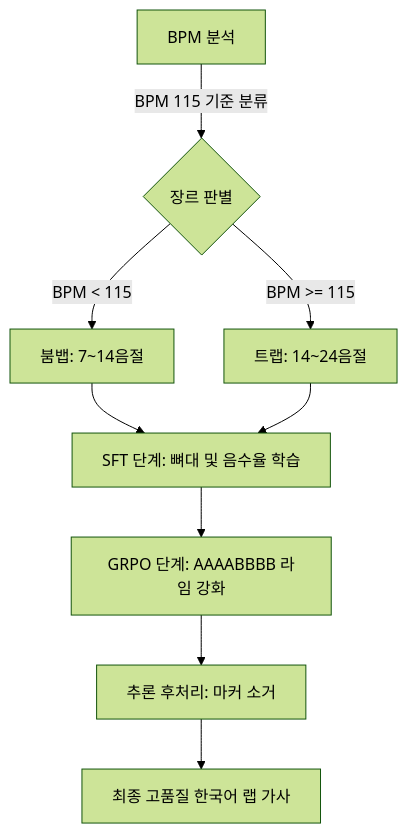
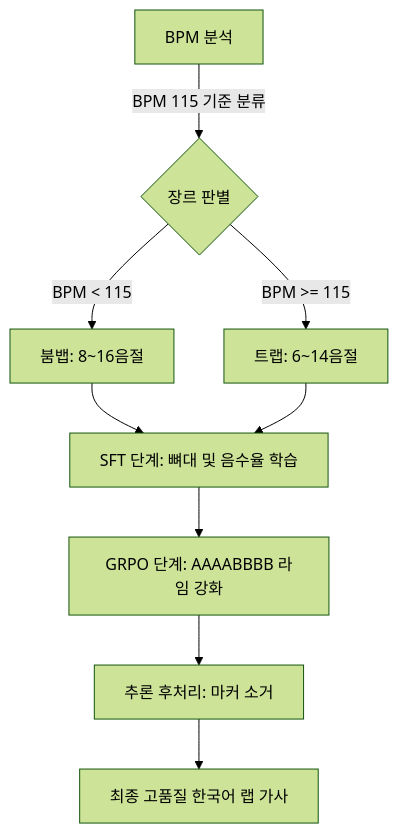
One commit to hnuu785/PMTM changed the diagram in docs/hiphop-beat-and-rap-lyrics.md. Above: the diagram before and after it, drawn with Mermaid (forest theme). The commit also changed other lines of this file and 2 other files, not shown here.

Commit message:
fix: update GRPO BPM syllable constraints and refresh training dataset with documentation

````diff
--- a/docs/hiphop-beat-and-rap-lyrics.md
+++ b/docs/hiphop-beat-and-rap-lyrics.md
@@ -75,10 +75,10 @@
 ```mermaid
 graph TD
     A[BPM 분석] -->|BPM 115 기준 분류| B{장르 판별}
-    B -->|BPM < 115| C[붐뱁: 7~14음절]
-    B -->|BPM >= 115| D[트랩: 14~24음절]
+    B -->|BPM < 115| C[붐뱁: 8~16음절]
+    B -->|BPM >= 115| D[트랩: 6~14음절]
     C & D --> E[SFT 단계: 뼈대 및 음수율 학습]
     E --> F[GRPO 단계: AAAABBBB 라임 강화]
     F --> G[추론 후처리: 마커 소거]
     G --> H[최종 고품질 한국어 랩 가사]
 ```
````
